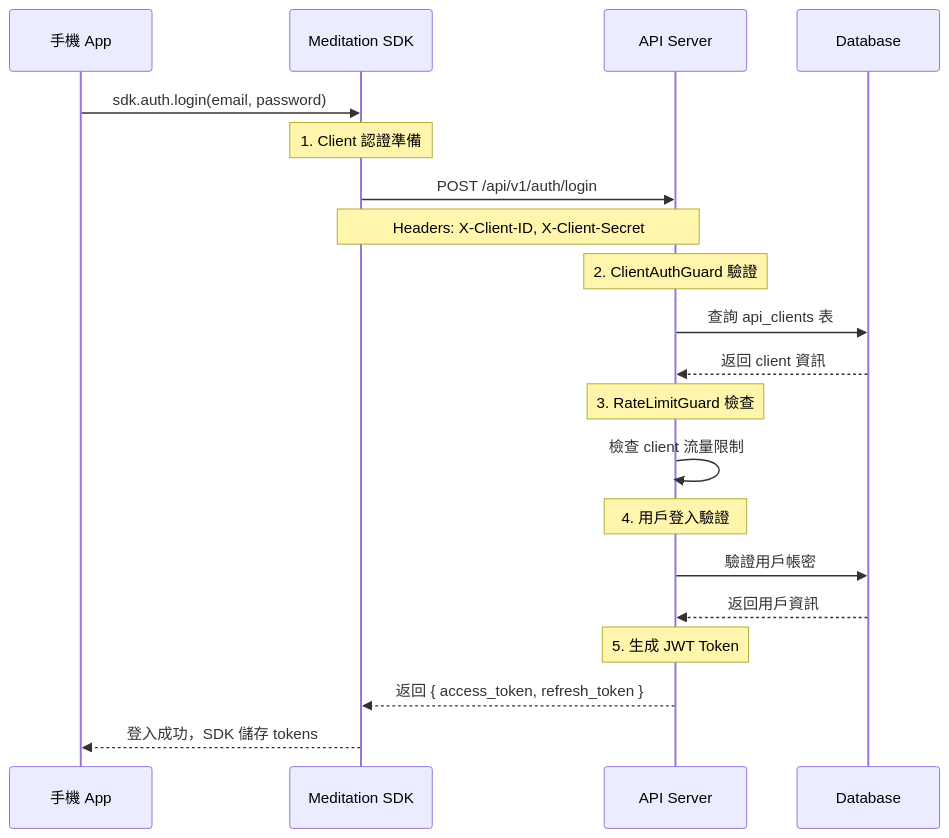
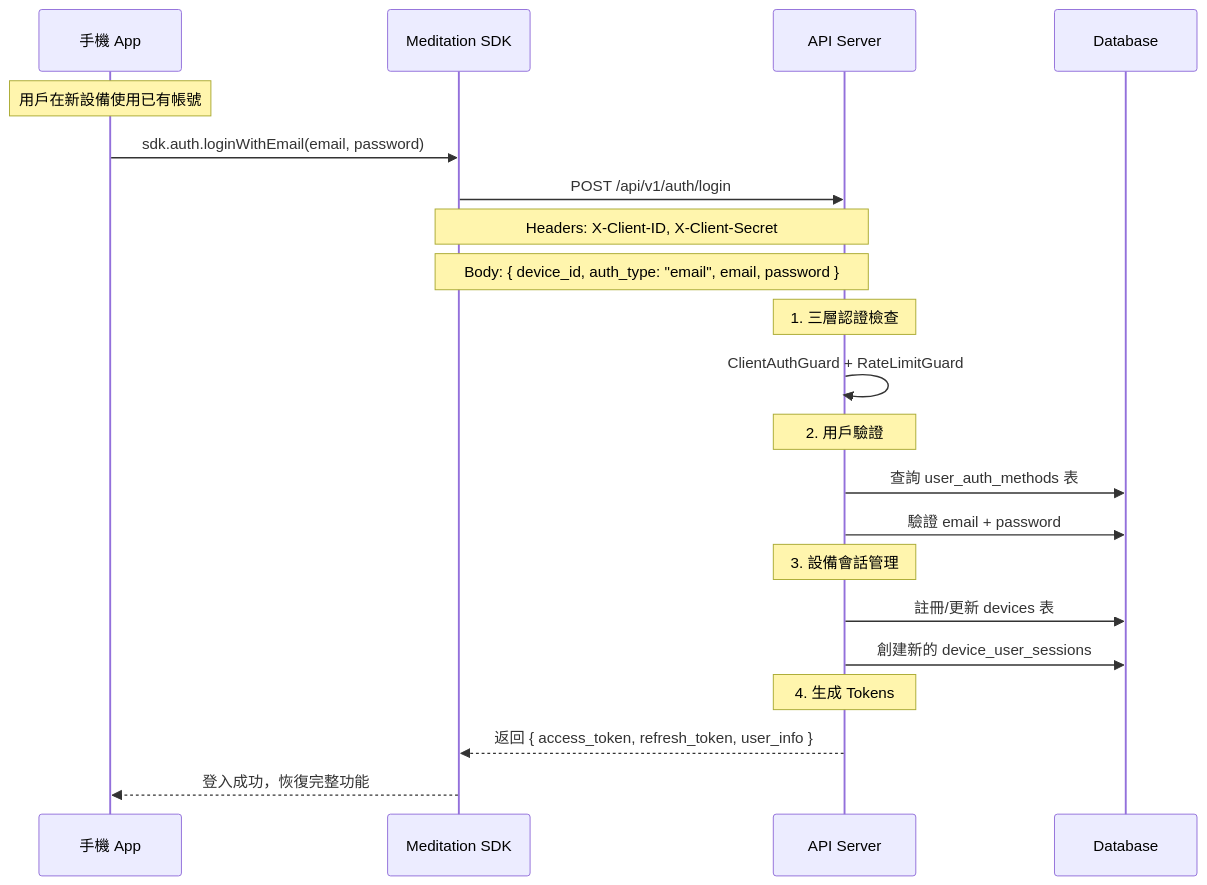
Before and after one commit to kevintu117/meditation-plan: the third of 4 diagrams in docs/authentication-flow.md, drawn with Mermaid. The commit also changed other lines of this file, not shown here.

Commit message:
feat: 更新認證流程文檔，將用戶登入流程改為設備匿名認證流程，並新增相關的 API 請求流程及錯誤處理說明，強化 SDK 的匿名登入及 Email 綁定功能，提升用戶體驗。

````diff
--- a/docs/authentication-flow.md
+++ b/docs/authentication-flow.md
@@ -28,29 +104,30 @@
 ```mermaid
 sequenceDiagram
     participant App as 手機 App
     participant SDK as Meditation SDK
     participant API as API Server
     participant DB as Database
 
-    App->>SDK: sdk.auth.login(email, password)
+    Note over App: 用戶在新設備使用已有帳號
+    App->>SDK: sdk.auth.loginWithEmail(email, password)
     
-    Note over SDK: 1. Client 認證準備
     SDK->>API: POST /api/v1/auth/login
     Note over SDK,API: Headers: X-Client-ID, X-Client-Secret
+    Note over SDK,API: Body: { device_id, auth_type: "email", email, password }
     
-    Note over API: 2. ClientAuthGuard 驗證
-    API->>DB: 查詢 api_clients 表
-    DB-->>API: 返回 client 資訊
+    Note over API: 1. 三層認證檢查
+    API->>API: ClientAuthGuard + RateLimitGuard
     
-    Note over API: 3. RateLimitGuard 檢查
-    API->>API: 檢查 client 流量限制
+    Note over API: 2. 用戶驗證
+    API->>DB: 查詢 user_auth_methods 表
+    API->>DB: 驗證 email + password
     
-    Note over API: 4. 用戶登入驗證
-    API->>DB: 驗證用戶帳密
-    DB-->>API: 返回用戶資訊
+    Note over API: 3. 設備會話管理
+    API->>DB: 註冊/更新 devices 表
+    API->>DB: 創建新的 device_user_sessions
     
-    Note over API: 5. 生成 JWT Token
-    API-->>SDK: 返回 { access_token, refresh_token }
+    Note over API: 4. 生成 Tokens
+    API-->>SDK: 返回 { access_token, refresh_token, user_info }
     
-    SDK-->>App: 登入成功，SDK 儲存 tokens
+    SDK-->>App: 登入成功，恢復完整功能
 ```
````
